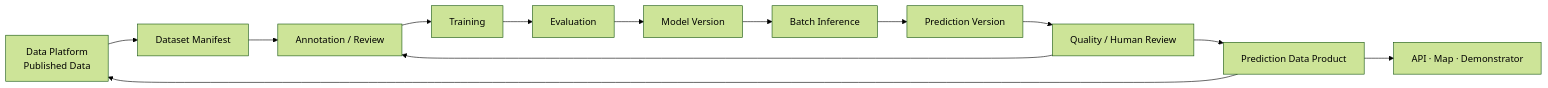
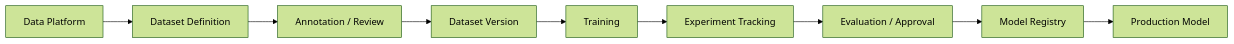
Before and after one commit to Thomas-Malchers/urban_ai_lab: the first of 2 diagrams in docs/l2-ai-model-lifecycle.md, drawn with Mermaid (forest theme). The commit also changed other lines of this file and 5 other files, not shown here.

Commit message:
added AI architecture draft

````diff
--- a/docs/l2-ai-model-lifecycle.md
+++ b/docs/l2-ai-model-lifecycle.md
@@ -5,10 +7,6 @@
 ```mermaid
 flowchart LR
-    D["Data Platform<br/>Published Data"] --> M["Dataset Manifest"]
-    M --> A["Annotation / Review"] --> T["Training"] --> E["Evaluation"]
-    E --> MV["Model Version"] --> I["Batch Inference"]
-    I --> P["Prediction Version"] --> R["Quality / Human Review"]
-    R --> PDP["Prediction Data Product"] --> D
-    PDP --> APP["API · Map · Demonstrator"]
-    R --> A
+    D["Data Platform"] --> DS["Dataset Definition"] --> A["Annotation / Review"]
+    A --> DV["Dataset Version"] --> T["Training"] --> ET["Experiment Tracking"]
+    ET --> E["Evaluation / Approval"] --> MR["Model Registry"] --> PM["Production Model"]
 ```
````
